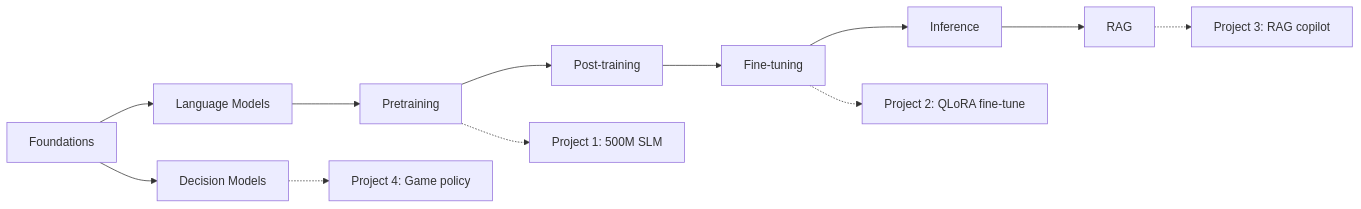
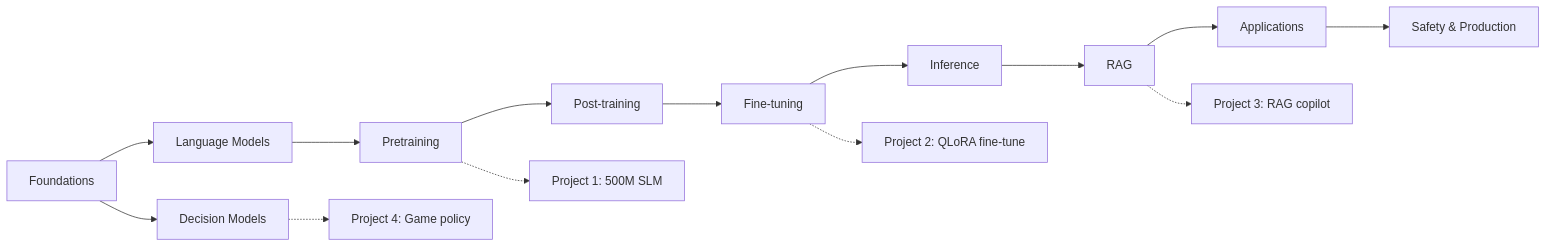
The diagram in docs/start/index.md (vivek-rm-14286/llm-from-scratch), drawn with Mermaid before and after one commit. The commit also changed other lines of this file and 22 other files, not shown here.

First line of the commit message:
Add 15 pages: architecture families, multimodal, GPU performance, distillation & synthetic data, merging & continued pretraining, Applications and Safety & Production sections

````diff
--- a/docs/start/index.md
+++ b/docs/start/index.md
@@ -30,14 +30,16 @@
 ```mermaid
 flowchart LR
     F[Foundations] --> L[Language Models]
     L --> P[Pretraining]
     P --> PT[Post-training]
     PT --> FT[Fine-tuning]
     FT --> I[Inference]
     I --> R[RAG]
+    R --> AP[Applications]
+    AP --> SP[Safety & Production]
     F --> D[Decision Models]
     P -.-> P1["Project 1: 500M SLM"]
     FT -.-> P2["Project 2: QLoRA fine-tune"]
     R -.-> P3["Project 3: RAG copilot"]
     D -.-> P4["Project 4: Game policy"]
 ```
````
